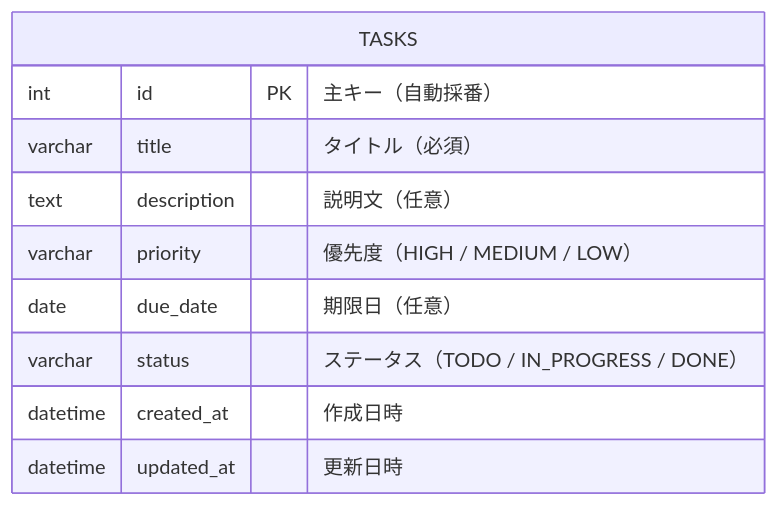
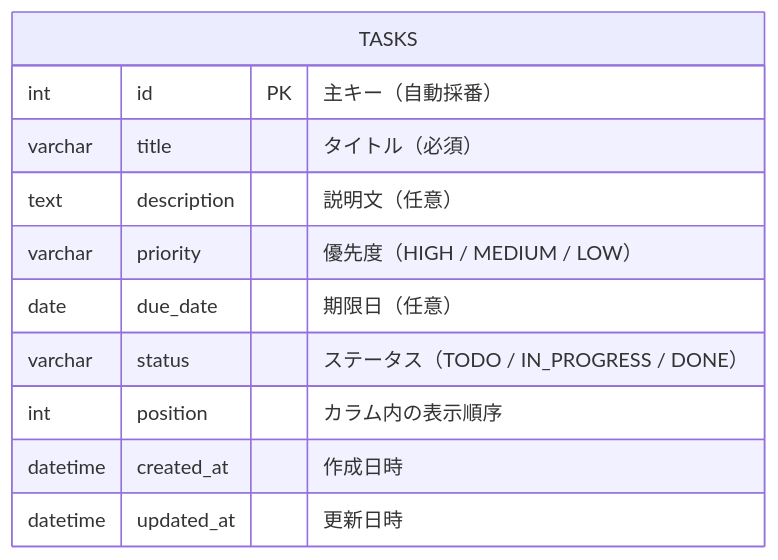
The diagram in docs/database-design.md (chisato-hira/task-management), drawn with Mermaid before and after one commit. The commit also changed 4 other files, not shown here.

````diff
--- a/docs/database-design.md
+++ b/docs/database-design.md
@@ -5,13 +5,14 @@
 ```mermaid
 erDiagram
     TASKS {
         int id PK "主キー（自動採番）"
         varchar title "タイトル（必須）"
         text description "説明文（任意）"
         varchar priority "優先度（HIGH / MEDIUM / LOW）"
         date due_date "期限日（任意）"
         varchar status "ステータス（TODO / IN_PROGRESS / DONE）"
+        int position "カラム内の表示順序"
         datetime created_at "作成日時"
         datetime updated_at "更新日時"
     }
 ```
````
